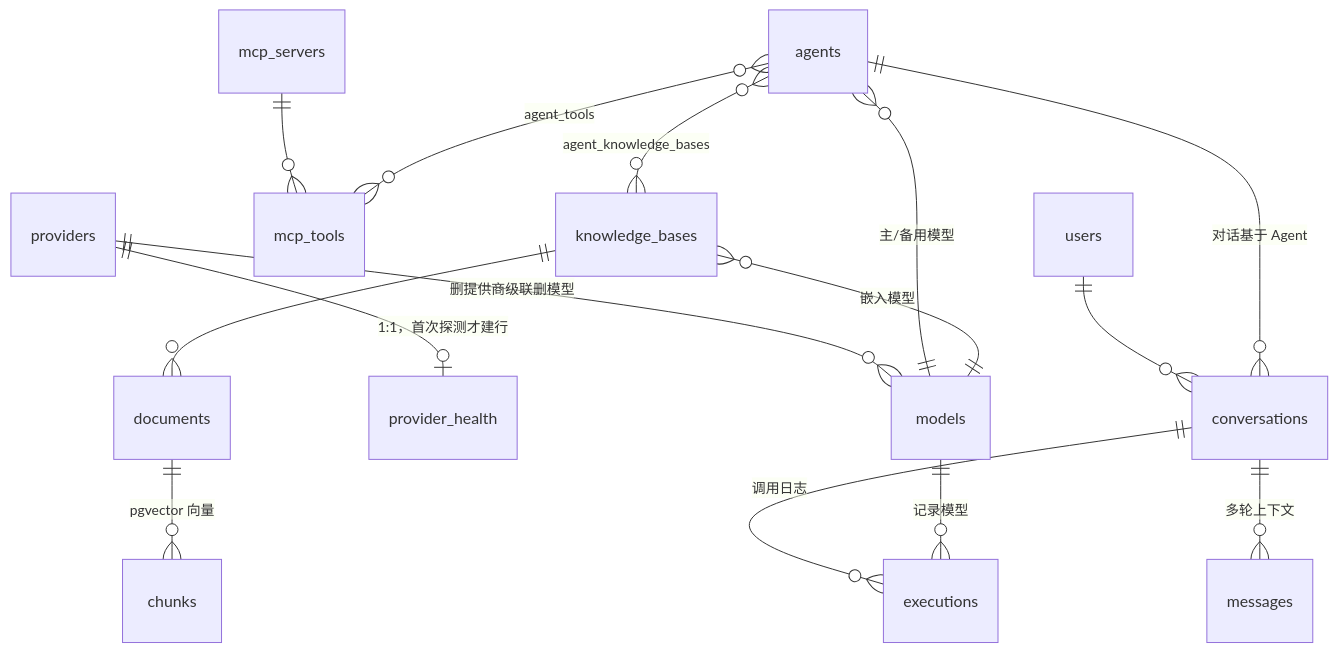
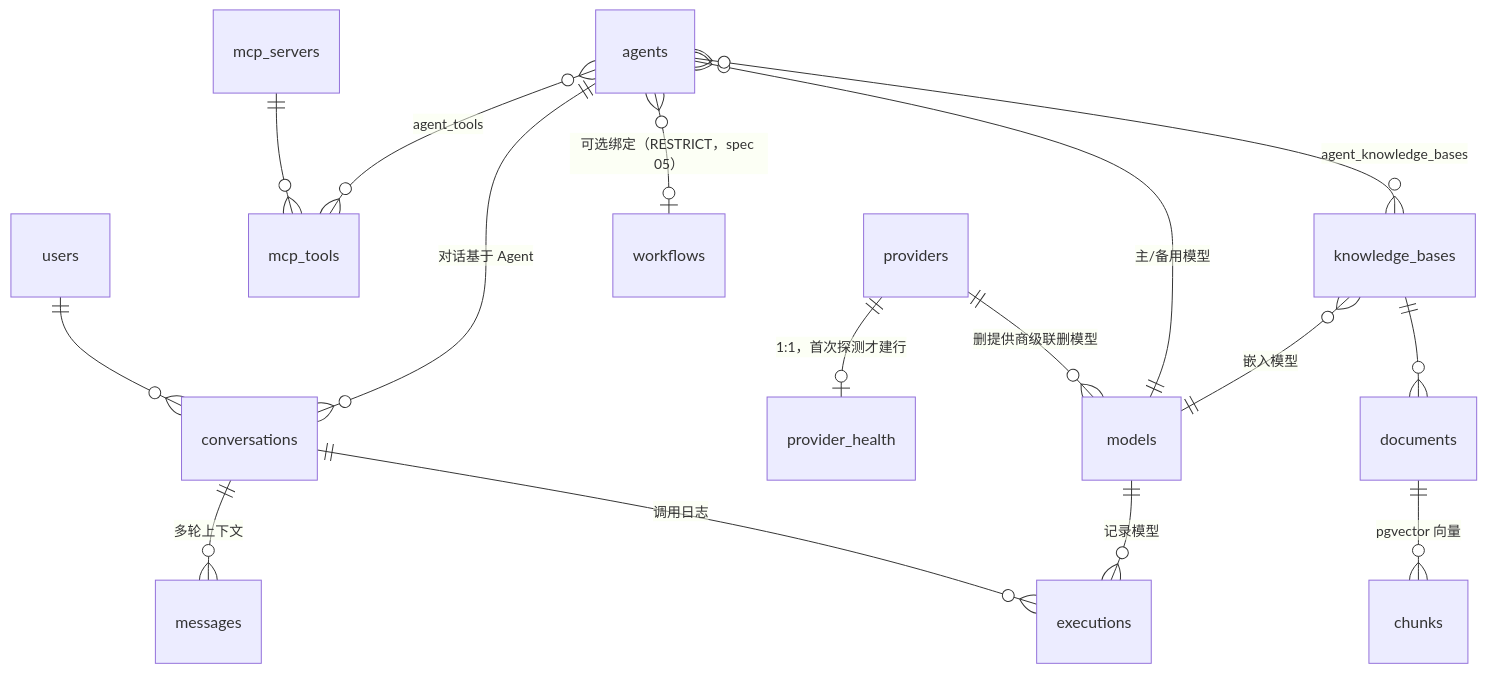
Before and after one commit to Karlsk/go-hify: the diagram in docs/design/data-model.md, drawn with Mermaid. The commit also changed other lines of this file and 20 other files, not shown here.

````diff
--- a/docs/design/data-model.md
+++ b/docs/design/data-model.md
@@ -13,17 +13,18 @@
 ```mermaid
 erDiagram
     providers ||--o{ models : "删提供商级联删模型"
     providers ||--o| provider_health : "1:1，首次探测才建行"
     mcp_servers ||--o{ mcp_tools : ""
     agents }o--|| models : "主/备用模型"
     agents }o--o{ mcp_tools : "agent_tools"
     agents }o--o{ knowledge_bases : "agent_knowledge_bases"
+    agents }o--o| workflows : "可选绑定（RESTRICT，spec 05）"
     knowledge_bases }o--|| models : "嵌入模型"
     knowledge_bases ||--o{ documents : ""
     documents ||--o{ chunks : "pgvector 向量"
     users ||--o{ conversations : ""
     agents ||--o{ conversations : "对话基于 Agent"
     conversations ||--o{ messages : "多轮上下文"
     conversations ||--o{ executions : "调用日志"
     models ||--o{ executions : "记录模型"
 ```
````
